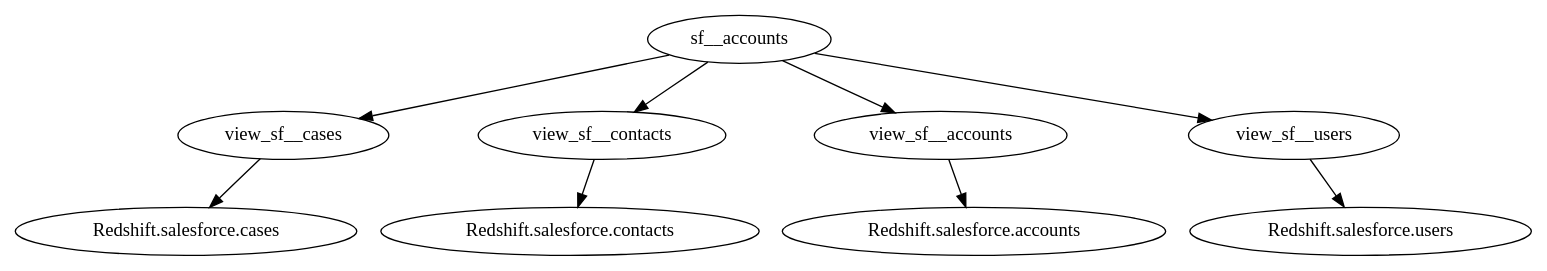
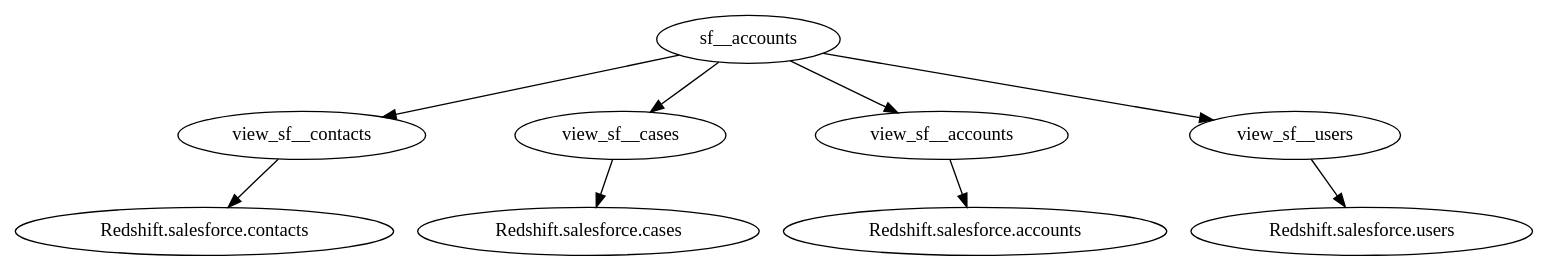
Before and after one commit to vickyjkwan/gazetteer: the diagram in test_folder/graphs/sf__accounts.gv, drawn with Graphviz. The commit also changed other lines of this file and 57 other files, not shown here.

```diff
--- a/test_folder/graphs/sf__accounts.gv
+++ b/test_folder/graphs/sf__accounts.gv
@@ -1,19 +1,19 @@
 digraph sf__accounts {
 	sf__accounts [label=sf__accounts]
+	view_sf__contacts [label=view_sf__contacts]
+	sf__accounts -> view_sf__contacts
+	"Redshift.salesforce.contacts" [label="Redshift.salesforce.contacts"]
+	view_sf__contacts -> "Redshift.salesforce.contacts"
 	view_sf__cases [label=view_sf__cases]
 	sf__accounts -> view_sf__cases
 	"Redshift.salesforce.cases" [label="Redshift.salesforce.cases"]
 	view_sf__cases -> "Redshift.salesforce.cases"
-	view_sf__contacts [label=view_sf__contacts]
-	sf__accounts -> view_sf__contacts
-	"Redshift.salesforce.contacts" [label="Redshift.salesforce.contacts"]
-	view_sf__contacts -> "Redshift.salesforce.contacts"
 	view_sf__accounts [label=view_sf__accounts]
 	sf__accounts -> view_sf__accounts
 	"Redshift.salesforce.accounts" [label="Redshift.salesforce.accounts"]
 	view_sf__accounts -> "Redshift.salesforce.accounts"
 	view_sf__users [label=view_sf__users]
 	sf__accounts -> view_sf__users
 	"Redshift.salesforce.users" [label="Redshift.salesforce.users"]
 	view_sf__users -> "Redshift.salesforce.users"
 }
```
